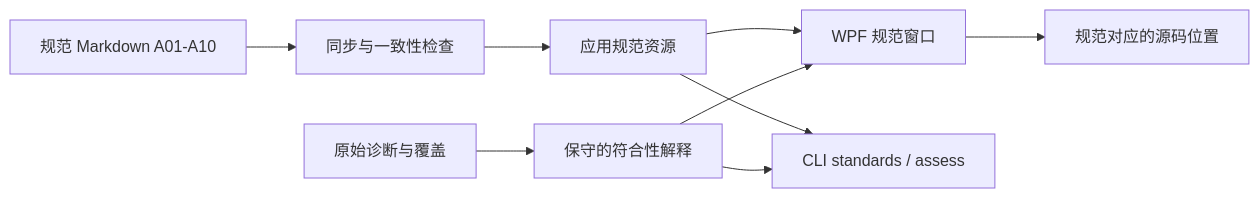
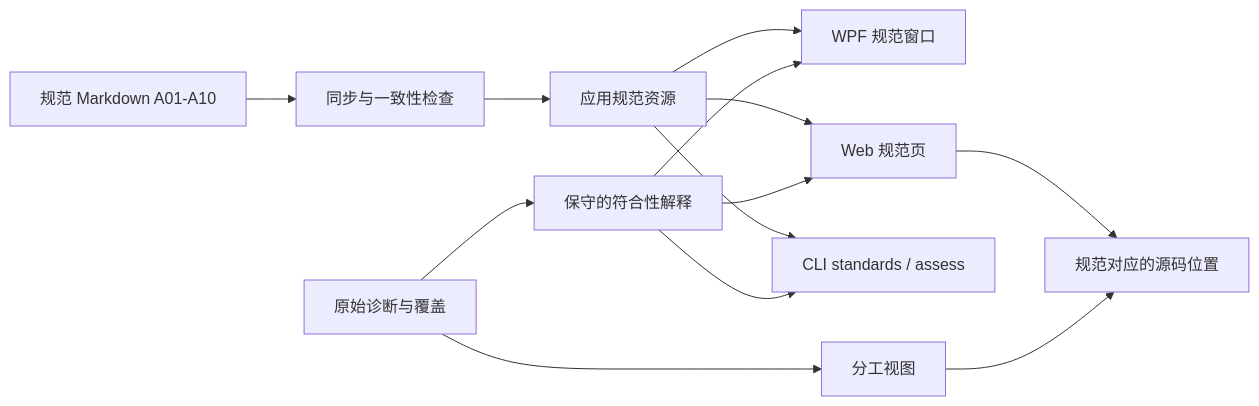
The diagram in docs/code-map.md (SoloLevelingAI/CodeAtlas), drawn with Mermaid before and after one commit. The commit also changed other lines of this file and 19 other files, not shown here.

First line of the commit message:
Add web pages for architecture standards and responsibility slices

````diff
--- a/docs/code-map.md
+++ b/docs/code-map.md
@@ -22,11 +23,15 @@
 ```mermaid
 flowchart LR
     MD[规范 Markdown A01-A10] --> Sync[同步与一致性检查]
     Sync --> Resource[应用规范资源]
     Resource --> WPF[WPF 规范窗口]
+    Resource --> Web[Web 规范页]
     Resource --> CLI[CLI standards / assess]
     Report[原始诊断与覆盖] --> Assessment[保守的符合性解释]
     Assessment --> WPF
+    Assessment --> Web
     Assessment --> CLI
-    WPF --> Evidence[规范对应的源码位置]
+    Report --> Division[分工视图]
+    Web --> Evidence[规范对应的源码位置]
+    Division --> Evidence
 ```
````
